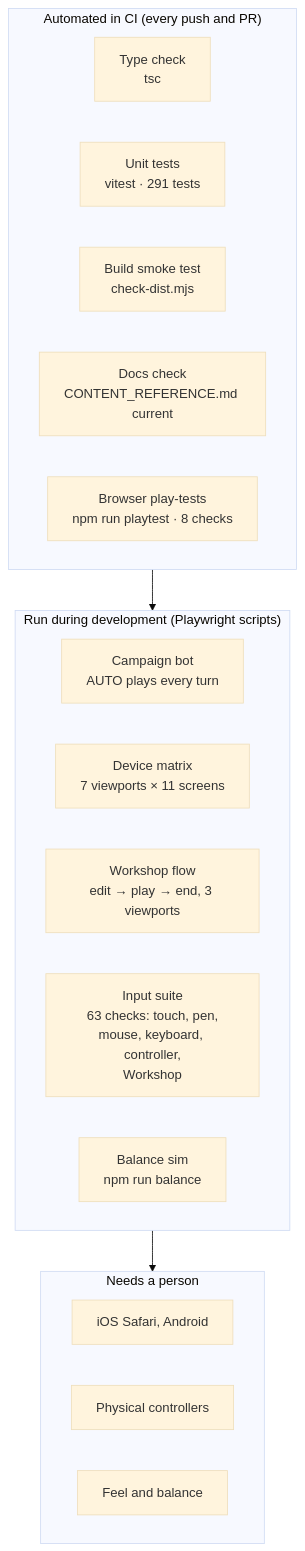
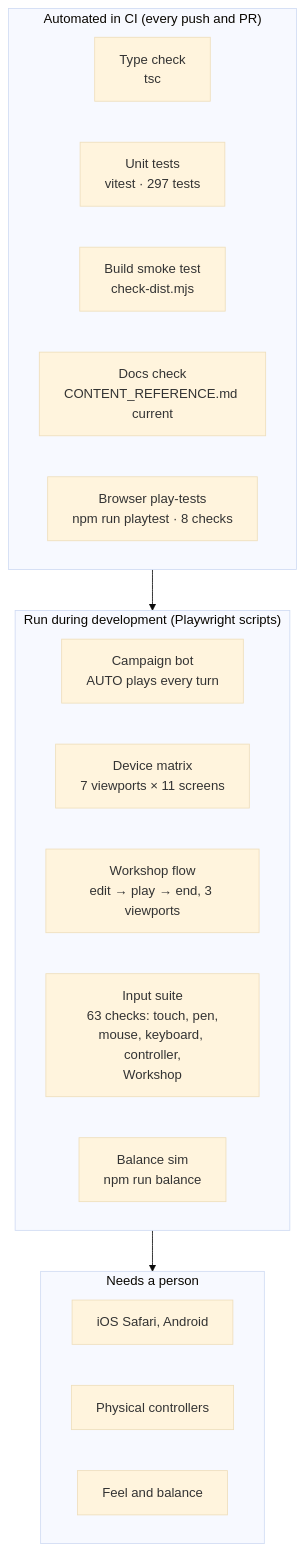
Before and after one commit to CptNope/Chess-RPG-Tactics: the diagram in docs/TESTING.md, drawn with Mermaid (base theme). The commit also changed other lines of this file and 13 other files, not shown here.

````diff
--- a/docs/TESTING.md
+++ b/docs/TESTING.md
@@ -9,23 +9,23 @@
 ```mermaid
 flowchart TB
     subgraph Auto["Automated in CI (every push and PR)"]
         T1["Type check<br/>tsc"]
-        T2["Unit tests<br/>vitest · 291 tests"]
+        T2["Unit tests<br/>vitest · 297 tests"]
         T3["Build smoke test<br/>check-dist.mjs"]
         T4["Docs check<br/>CONTENT_REFERENCE.md current"]
         T5["Browser play-tests<br/>npm run playtest · 8 checks"]
     end
     subgraph Dev["Run during development (Playwright scripts)"]
         P1["Campaign bot<br/>AUTO plays every turn"]
         P2["Device matrix<br/>7 viewports × 11 screens"]
         P4["Workshop flow<br/>edit → play → end, 3 viewports"]
         P3["Input suite<br/>63 checks: touch, pen,<br/>mouse, keyboard, controller,<br/>Workshop"]
         P5["Balance sim<br/>npm run balance"]
     end
     subgraph Human["Needs a person"]
         H1["iOS Safari, Android"]
         H2["Physical controllers"]
         H3["Feel and balance"]
     end
     Auto --> Dev --> Human
 ```
````
